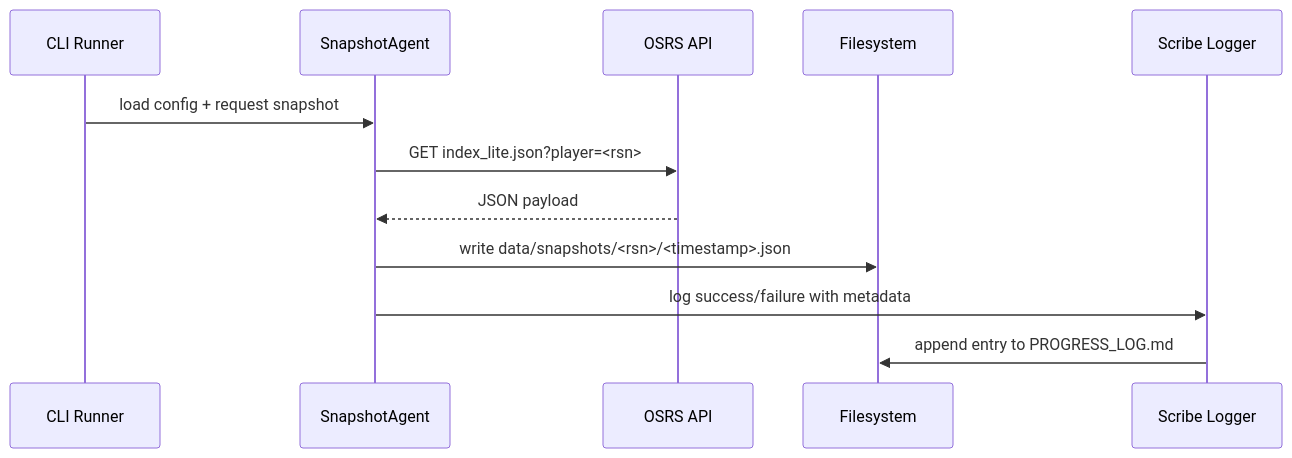
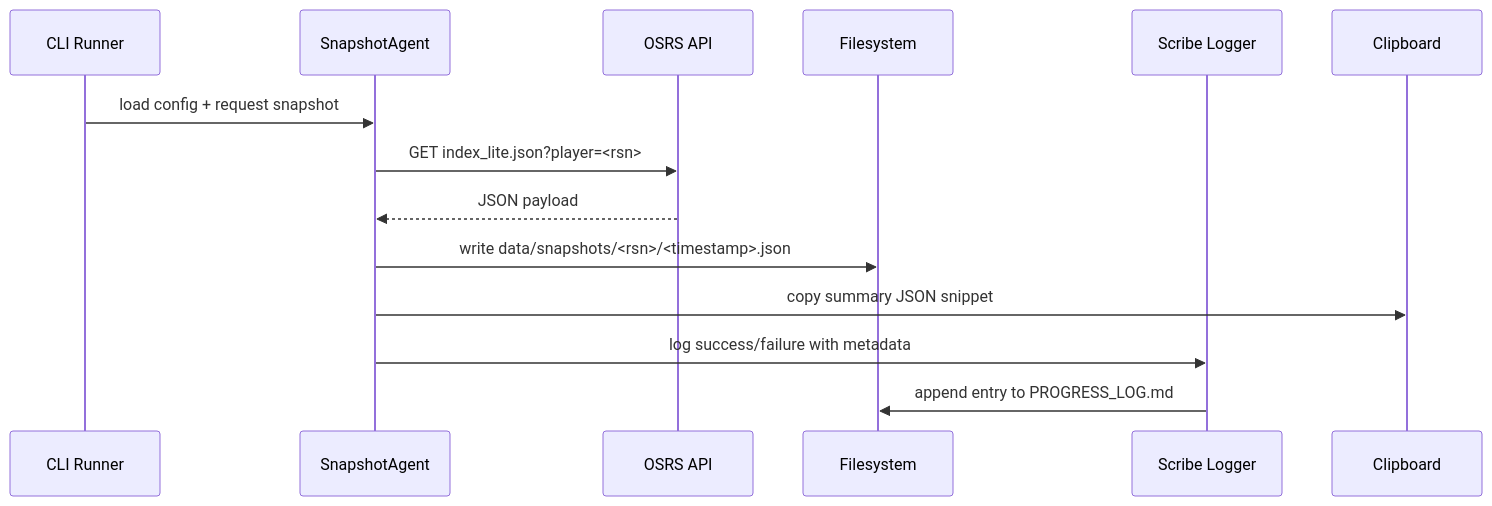
One commit to paxocial/osrs_hiscore_pull changed the second of 2 diagrams in docs/dev_plans/osrs_snapshot_agent/ARCHITECTURE_GUIDE.md. Above: the diagram before and after it, drawn with Mermaid. The commit also changed other lines of this file and 14 other files, not shown here.

Commit message:
Implement OSRS Snapshot Agent with core functionality for fetching and persisting hiscore data; add clipboard support and initial configuration files.

````diff
--- a/docs/dev_plans/osrs_snapshot_agent/ARCHITECTURE_GUIDE.md
+++ b/docs/dev_plans/osrs_snapshot_agent/ARCHITECTURE_GUIDE.md
@@ -208,15 +244,16 @@
 ```mermaid
 sequenceDiagram
   participant CLI as CLI Runner
   participant Agent as SnapshotAgent
   participant API as OSRS API
   participant FS as Filesystem
   participant Scribe as Scribe Logger
 
   CLI->>Agent: load config + request snapshot
   Agent->>API: GET index_lite.json?player=<rsn>
   API-->>Agent: JSON payload
   Agent->>FS: write data/snapshots/<rsn>/<timestamp>.json
+  Agent->>Clipboard: copy summary JSON snippet
   Agent->>Scribe: log success/failure with metadata
   Scribe->>FS: append entry to PROGRESS_LOG.md
 ```
````
